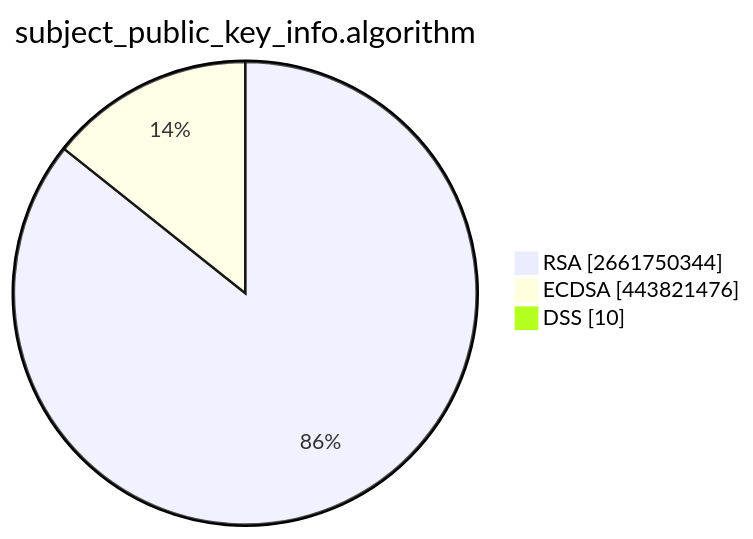
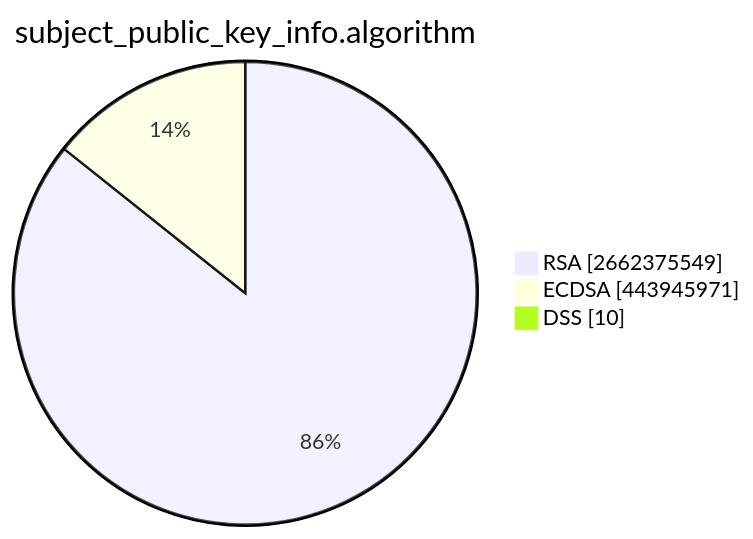
The second of 15 diagrams in TOTAL/README.md (christiankrug/ctmonitor_visualization), drawn with Mermaid before and after one commit. The commit also changed other lines of this file, not shown here.

````diff
--- a/TOTAL/README.md
+++ b/TOTAL/README.md
@@ -6,7 +6,7 @@
 ```mermaid
 pie showData
 title subject_public_key_info.algorithm
-"RSA" :2661750344
-"ECDSA" :443821476
+"RSA" :2662375549
+"ECDSA" :443945971
 "DSS" :10
 ```
````
